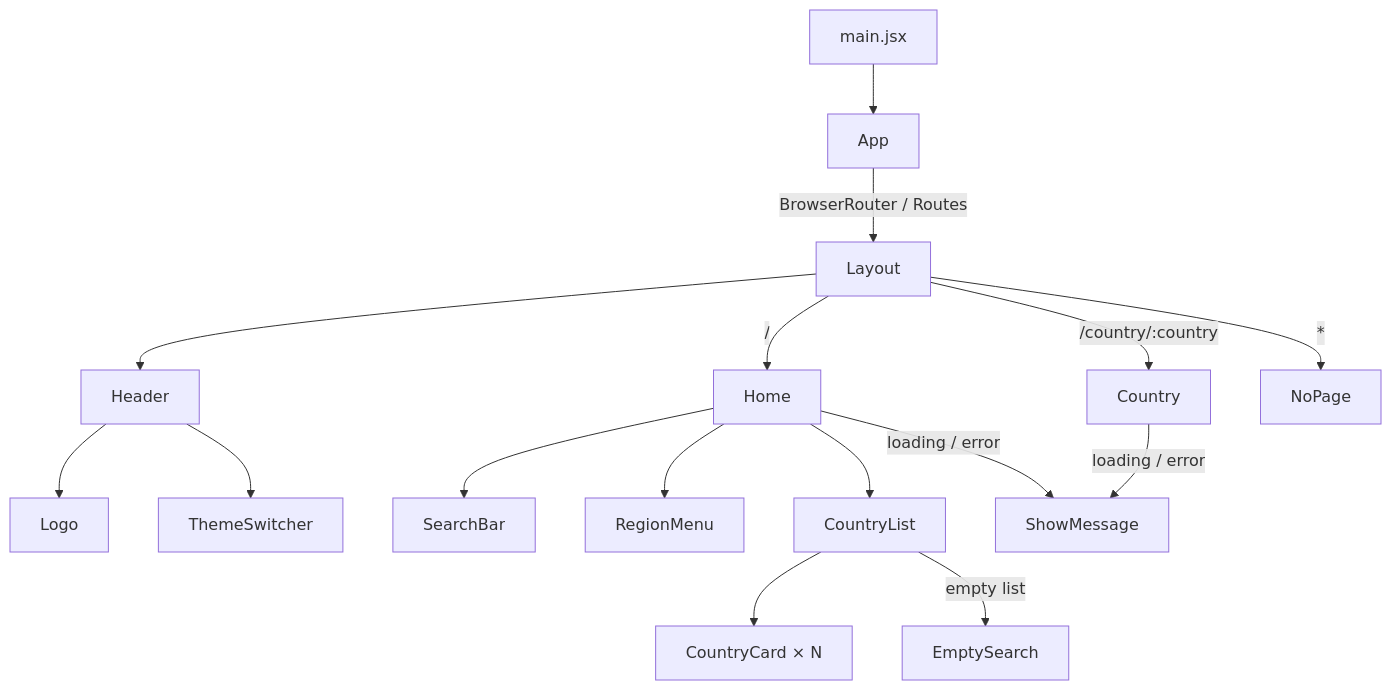
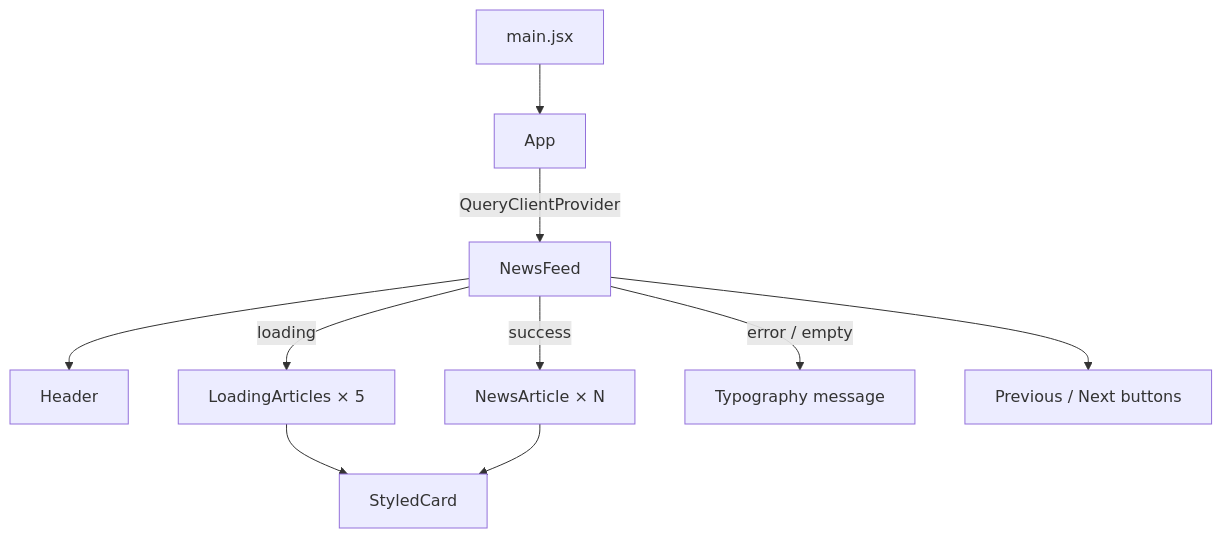
One commit to Abdallaheng2022/New-Feed-App changed the first of 2 diagrams in README.md. Above: the diagram before and after it, drawn with Mermaid. The commit also changed other lines of this file and 1 other file, not shown here.

````diff
--- a/README.md
+++ b/README.md
@@ -199,18 +206,12 @@
 ```mermaid
 graph TD
     main[main.jsx] --> App
-    App -->|BrowserRouter / Routes| Layout
-    Layout --> Header
-    Header --> Logo
-    Header --> ThemeSwitcher
-    Layout -->|"/"| Home
-    Layout -->|"/country/:country"| Country
-    Layout -->|"*"| NoPage
-    Home --> SearchBar
-    Home --> RegionMenu
-    Home --> CountryList
-    CountryList --> CountryCard["CountryCard × N"]
-    CountryList -->|empty list| EmptySearch
-    Home -->|loading / error| ShowMessage
-    Country -->|loading / error| ShowMessage
+    App -->|QueryClientProvider| NewsFeed
+    NewsFeed --> Header
+    NewsFeed -->|loading| LoadingArticles["LoadingArticles × 5"]
+    NewsFeed -->|success| NewsArticle["NewsArticle × N"]
+    NewsFeed -->|error / empty| Message[Typography message]
+    NewsFeed --> Paging[Previous / Next buttons]
+    LoadingArticles --> StyledCard
+    NewsArticle --> StyledCard
 ```
````
